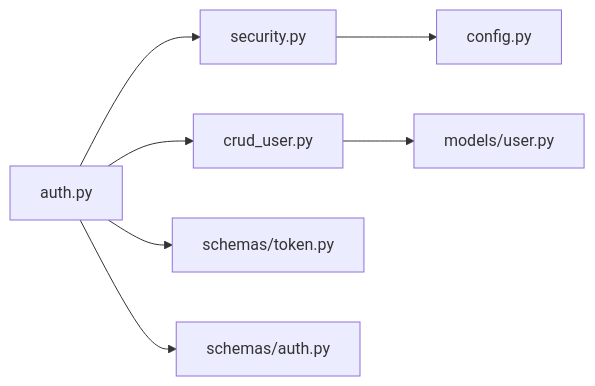
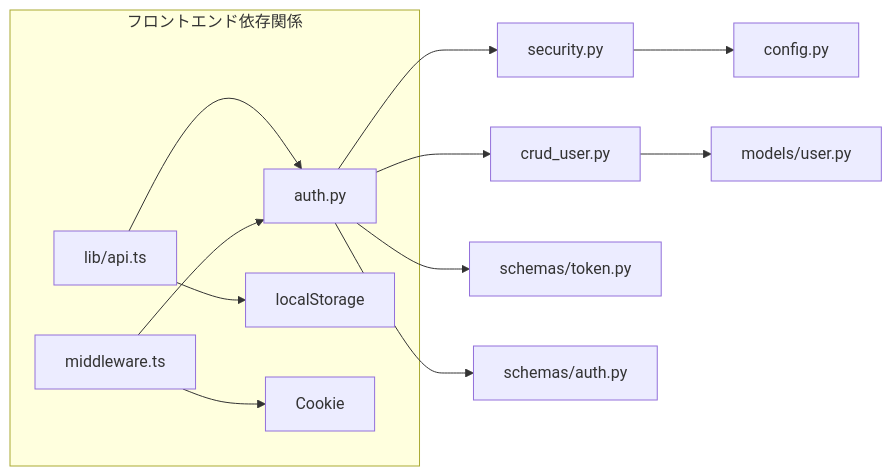
The seventh of 7 diagrams in .qoder/repowiki/ja/content/認証システム/JWTトークン管理.md (ss8806/Todos), drawn with Mermaid before and after one commit. The commit also changed other lines of this file and 38 other files, not shown here.

````diff
--- a/.qoder/repowiki/ja/content/認証システム/JWTトークン管理.md
+++ b/.qoder/repowiki/ja/content/認証システム/JWTトークン管理.md
@@ -280,9 +348,15 @@
 ```mermaid
 graph LR
 AUTH["auth.py"] --> SEC["security.py"]
 AUTH --> CRUD["crud_user.py"]
 AUTH --> SCHEMA_T["schemas/token.py"]
 AUTH --> SCHEMA_A["schemas/auth.py"]
 SEC --> CFG["config.py"]
 CRUD --> MODEL["models/user.py"]
+subgraph "フロントエンド依存関係"
+API["lib/api.ts"] --> LOCAL["localStorage"]
+MW["middleware.ts"] --> COOKIE["Cookie"]
+API --> AUTH
+MW --> AUTH
+end
 ```
````
